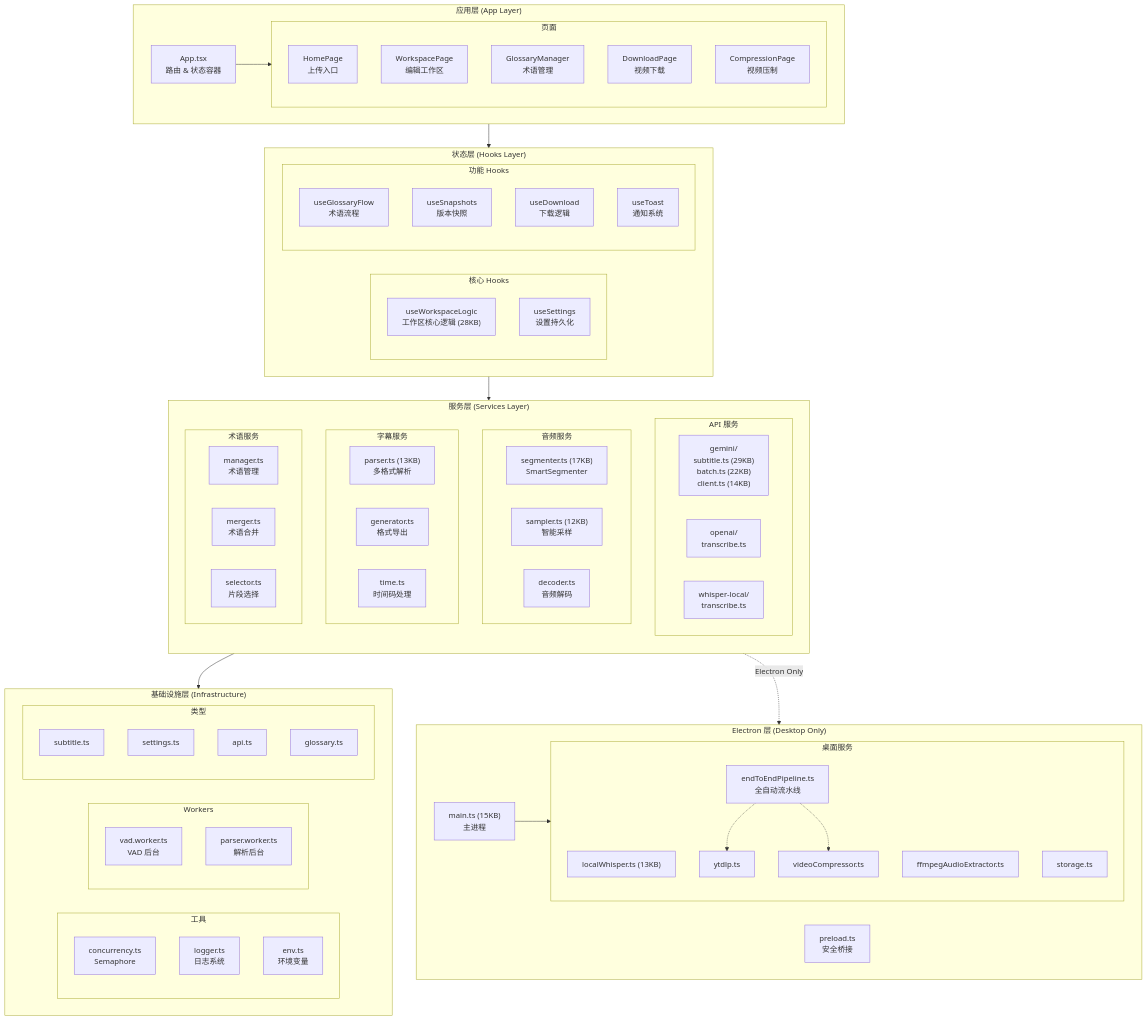
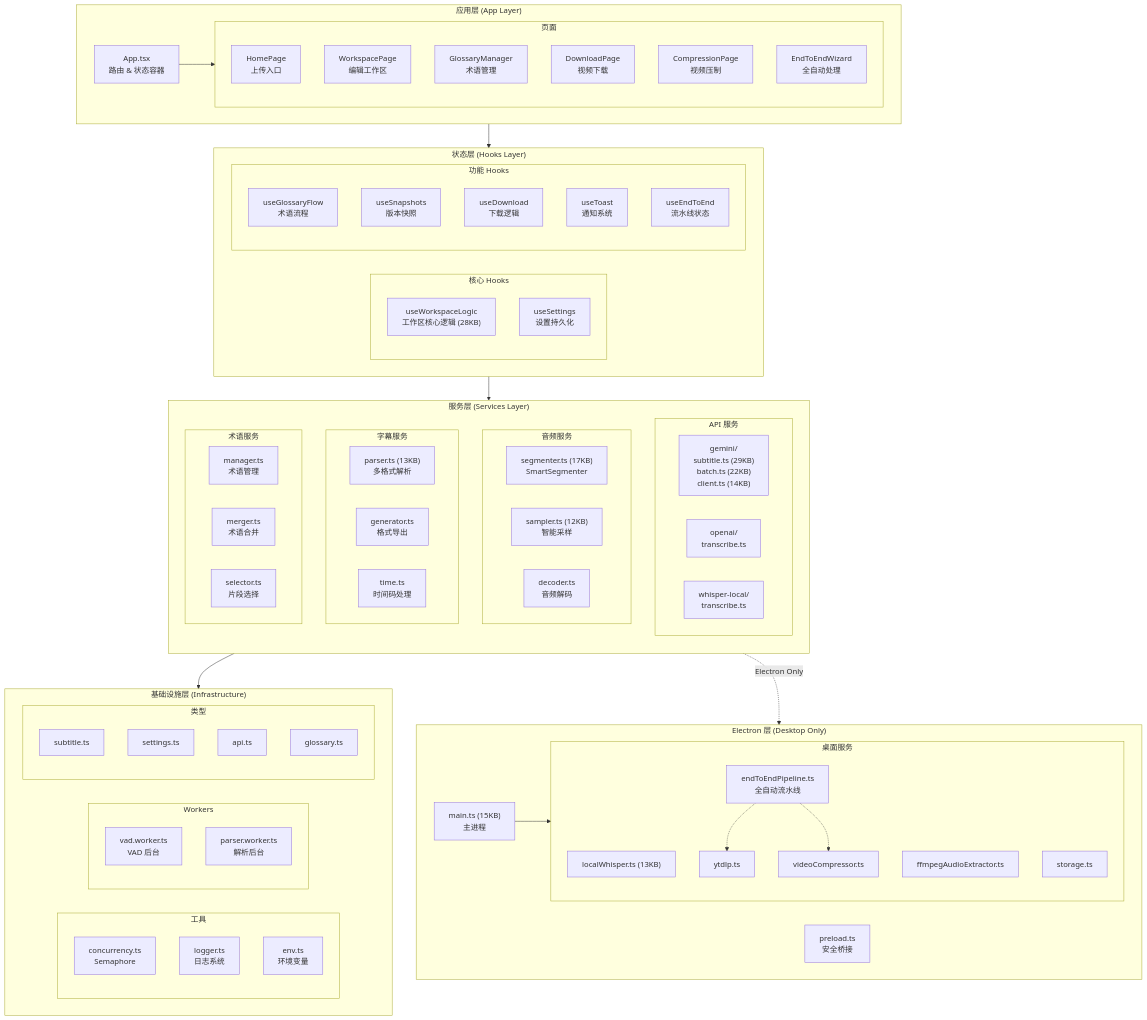
The second of 14 diagrams in docs/ARCHITECTURE.md (corvo007/MioSub), drawn with Mermaid before and after one commit. The commit also changed other lines of this file, not shown here.

Commit message:
docs: update project architecture documentation

```diff
--- a/docs/ARCHITECTURE.md
+++ b/docs/ARCHITECTURE.md
@@ -111,6 +135,7 @@
             GLOSSARY_PAGE["GlossaryManager<br/>术语管理"]
             DOWNLOAD_PAGE["DownloadPage<br/>视频下载"]
             COMPRESS_PAGE["CompressionPage<br/>视频压制"]
+            E2E_WIZARD["EndToEndWizard<br/>全自动处理"]
         end
 
         APP --> PAGES
@@ -129,6 +154,7 @@
             USE_SNAPSHOTS["useSnapshots<br/>版本快照"]
             USE_DOWNLOAD["useDownload<br/>下载逻辑"]
             USE_TOAST["useToast<br/>通知系统"]
+            USE_E2E["useEndToEnd<br/>流水线状态"]
         end
     end
 
```
